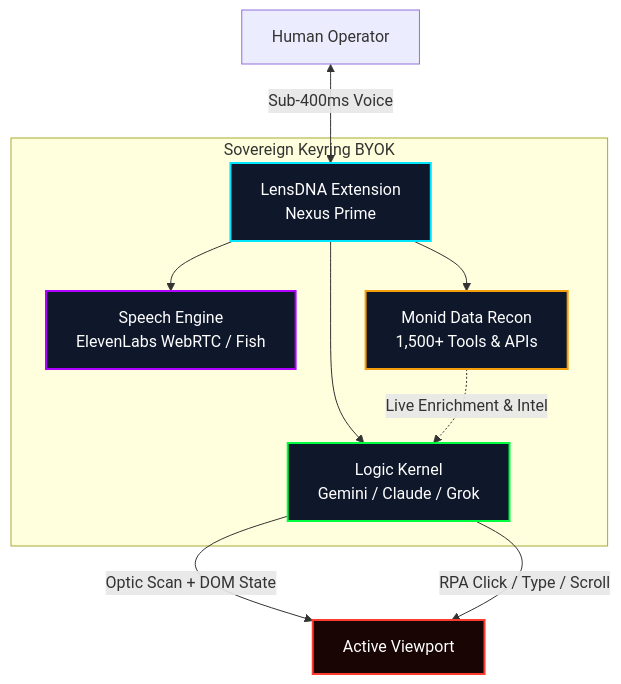
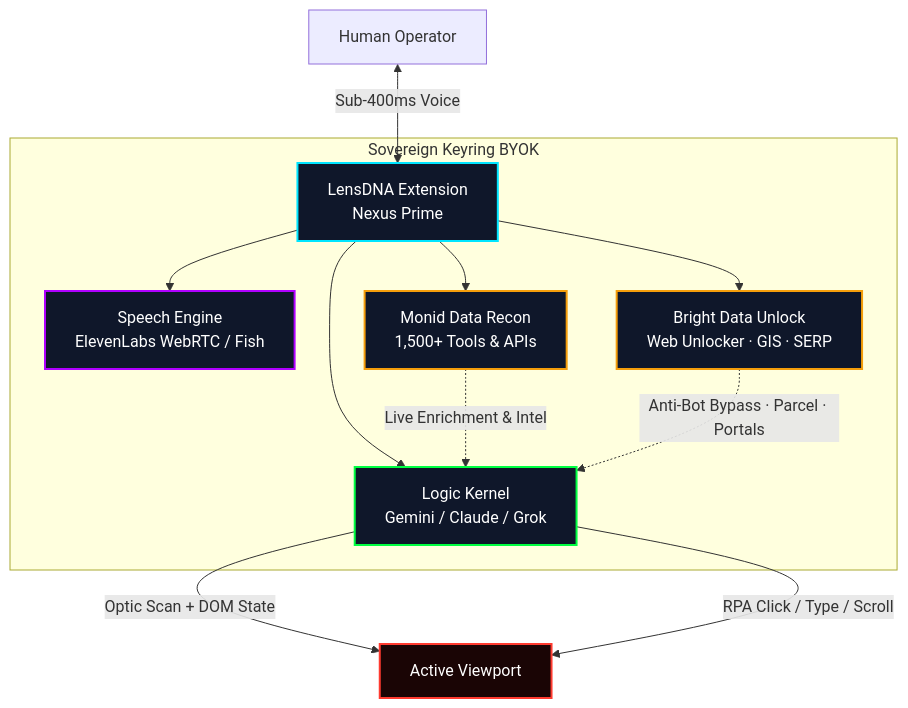
Before and after one commit to kaascanvas/LensDNA-Extension: the first of 2 diagrams in README.md, drawn with Mermaid. The commit also changed other lines of this file, not shown here.

````diff
--- a/README.md
+++ b/README.md
@@ -21,20 +21,23 @@
 ```mermaid
 graph TD
     A[Human Operator] <-->|Sub-400ms Voice| B[LensDNA Extension<br/>Nexus Prime]
 
     subgraph Sovereign Keyring BYOK
         B --> C[Logic Kernel<br/>Gemini / Claude / Grok]
         B --> D[Speech Engine<br/>ElevenLabs WebRTC / Fish]
         B --> E[Monid Data Recon<br/>1,500+ Tools & APIs]
+        B --> G[Bright Data Unlock<br/>Web Unlocker · GIS · SERP]
     end
 
     C -->|Optic Scan + DOM State| F[Active Viewport]
     C -->|RPA Click / Type / Scroll| F
     E -.->|Live Enrichment & Intel| C
+    G -.->|Anti-Bot Bypass · Parcel · Portals| C
 
     style B fill:#0f172a,stroke:#00e5ff,stroke-width:2px,color:#fff
     style C fill:#0f172a,stroke:#00ff41,stroke-width:2px,color:#fff
     style D fill:#0f172a,stroke:#b000ff,stroke-width:2px,color:#fff
     style E fill:#0f172a,stroke:#f59e0b,stroke-width:2px,color:#fff
+    style G fill:#0f172a,stroke:#f59e0b,stroke-width:2px,color:#fff
     style F fill:#1a0505,stroke:#ff3b30,stroke-width:2px,color:#fff
 ```
````
